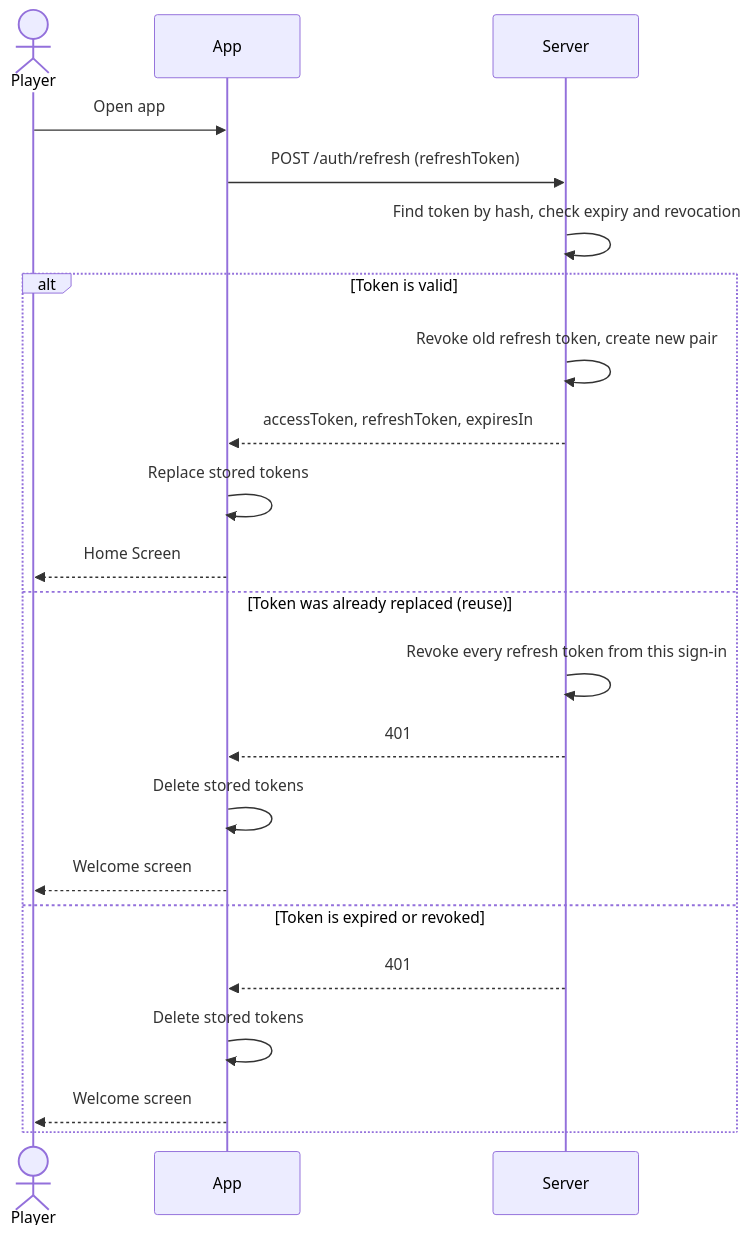
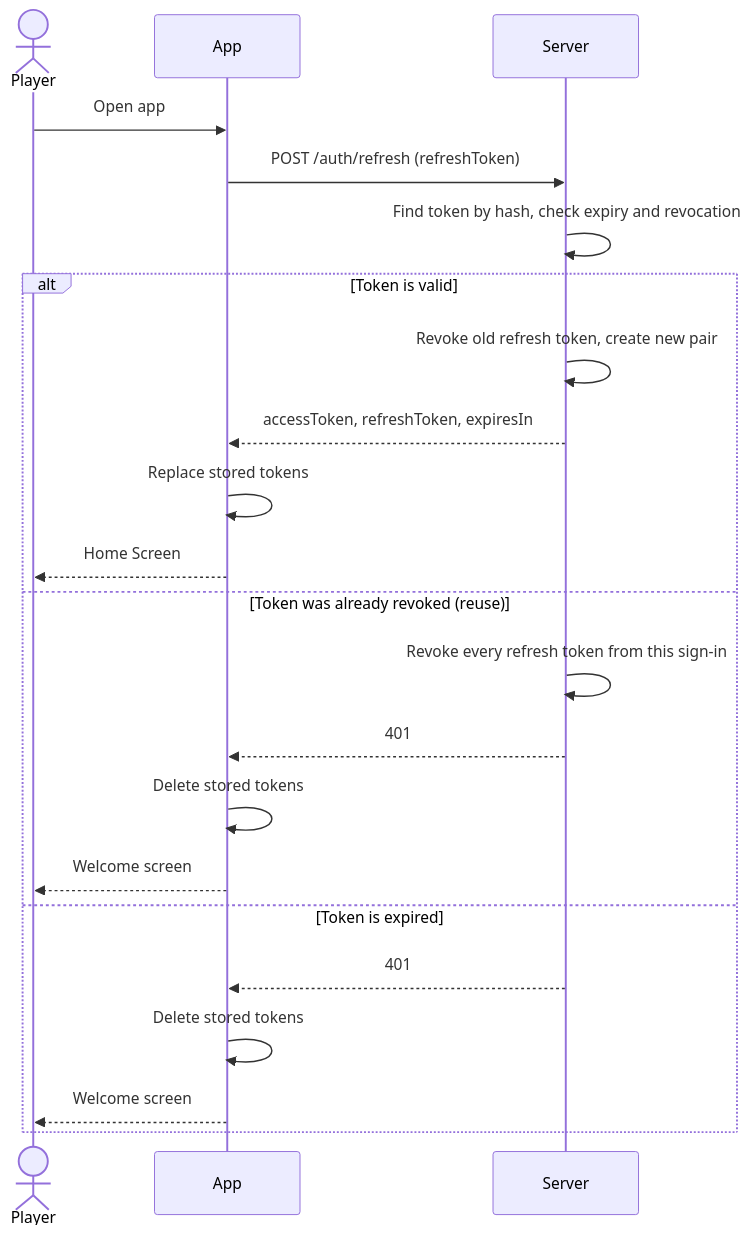
Before and after one commit to zhangs-tech/runtomo: the second of 3 diagrams in docs/usecases/UC-01-sign-up-sign-in.md, drawn with Mermaid. The commit also changed other lines of this file and 13 other files, not shown here.

Commit message:
docs: move static game data out of ERD and drop achievements from MVP

````diff
--- a/docs/usecases/UC-01-sign-up-sign-in.md
+++ b/docs/usecases/UC-01-sign-up-sign-in.md
@@ -105,25 +105,25 @@
 ```mermaid
 sequenceDiagram
     actor P as Player
     participant A as App
     participant S as Server
 
     P->>A: Open app
     A->>S: POST /auth/refresh (refreshToken)
     S->>S: Find token by hash, check expiry and revocation
     alt Token is valid
         S->>S: Revoke old refresh token, create new pair
         S-->>A: accessToken, refreshToken, expiresIn
         A->>A: Replace stored tokens
         A-->>P: Home Screen
-    else Token was already replaced (reuse)
+    else Token was already revoked (reuse)
         S->>S: Revoke every refresh token from this sign-in
         S-->>A: 401
         A->>A: Delete stored tokens
         A-->>P: Welcome screen
-    else Token is expired or revoked
+    else Token is expired
         S-->>A: 401
         A->>A: Delete stored tokens
         A-->>P: Welcome screen
     end
 ```
````
